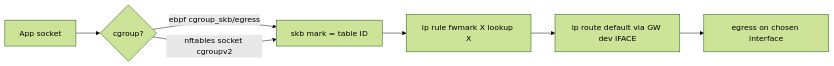
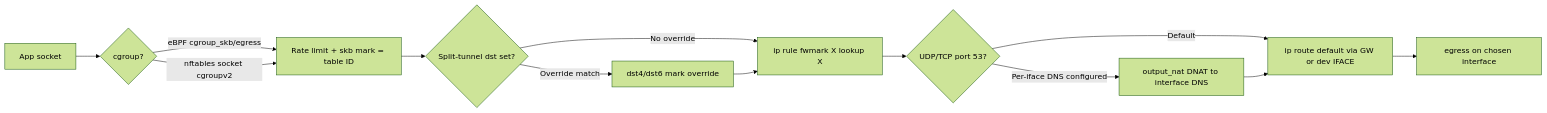
The diagram in README.md (ronakgupta03/netweaver), drawn with Mermaid (forest theme) before and after one commit. The commit also changed other lines of this file and 56 other files, not shown here.

Commit message:
feat: add eBPF telemetry, RTNetlink health probing, quotas, split-tunneling, and redesigned dashboard

````diff
--- a/README.md
+++ b/README.md
@@ -47,9 +51,15 @@
 ```mermaid
 flowchart LR
     A[App socket] --> B{cgroup?}
-    B -->|ebpf cgroup_skb/egress| C[skb mark = table ID]
+    B -->|eBPF cgroup_skb/egress| C[Rate limit + skb mark = table ID]
     B -->|nftables socket cgroupv2| C
-    C --> D[ip rule fwmark X lookup X]
-    D --> E[ip route default via GW dev IFACE]
-    E --> F[egress on chosen interface]
+    C --> D{Split-tunnel dst set?}
+    D -->|Override match| E[dst4/dst6 mark override]
+    D -->|No override| F[ip rule fwmark X lookup X]
+    E --> F
+    F --> G{UDP/TCP port 53?}
+    G -->|Per-iface DNS configured| H[output_nat DNAT to interface DNS]
+    G -->|Default| I[ip route default via GW or dev IFACE]
+    H --> I
+    I --> J[egress on chosen interface]
 ```
````
